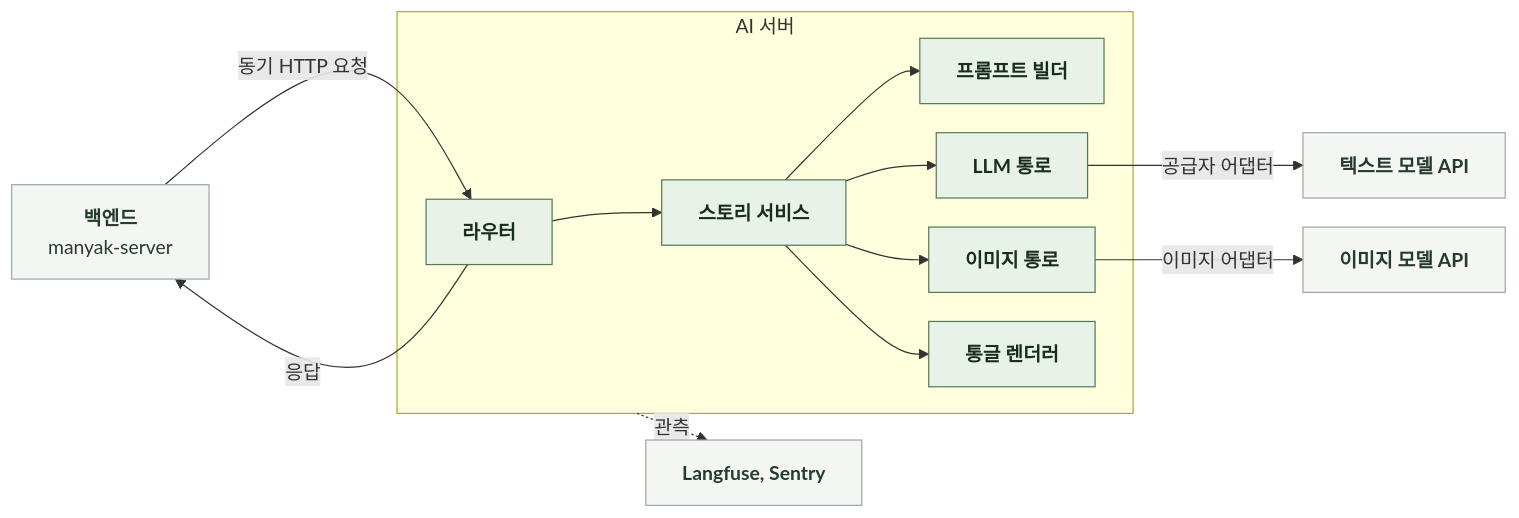
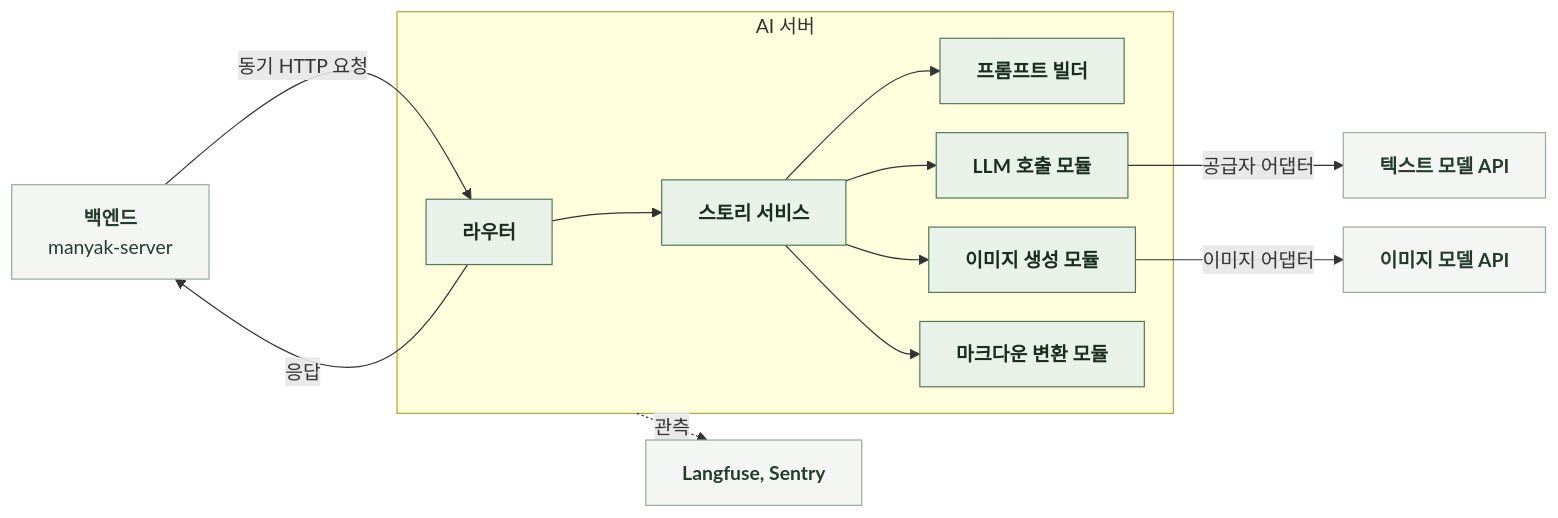
The first of 3 diagrams in docs/AI/SIMPLE-GENERATION-STORY/4-2-DESIGN-SOFTWARE-ARCHITECTURE.md (KIM-N-KANG/knk-harness), drawn with Mermaid before and after one commit. The commit also changed other lines of this file and 20 other files, not shown here.

````diff
--- a/docs/AI/SIMPLE-GENERATION-STORY/4-2-DESIGN-SOFTWARE-ARCHITECTURE.md
+++ b/docs/AI/SIMPLE-GENERATION-STORY/4-2-DESIGN-SOFTWARE-ARCHITECTURE.md
@@ -23,20 +18,20 @@
 ```mermaid
 %%{init: {"flowchart": {"curve": "basis", "htmlLabels": true, "nodeSpacing": 24, "rankSpacing": 48}}}%%
 flowchart LR
     B["<b>백엔드</b><br/>manyak-server"] -->|동기 HTTP 요청| R["<b>라우터</b>"]
     subgraph AI["AI 서버"]
         R --> S["<b>스토리 서비스</b>"]
         S --> P["<b>프롬프트 빌더</b>"]
-        S --> L["<b>LLM 통로</b>"]
-        S --> I["<b>이미지 통로</b>"]
-        S --> T["<b>통글 렌더러</b>"]
+        S --> L["<b>LLM 호출 모듈</b>"]
+        S --> I["<b>이미지 생성 모듈</b>"]
+        S --> T["<b>마크다운 변환 모듈</b>"]
     end
     L -->|공급자 어댑터| M["<b>텍스트 모델 API</b>"]
     I -->|이미지 어댑터| G["<b>이미지 모델 API</b>"]
     AI -.->|관측| O["<b>Langfuse, Sentry</b>"]
     R -->|응답| B
     classDef ext fill:#F4F6F4,stroke:#9BA99E,color:#253C2C
     classDef comp fill:#E8F2E8,stroke:#527A59,color:#182D1D
     class B,M,G,O ext
     class R,S,P,L,I,T comp
 ```
````
